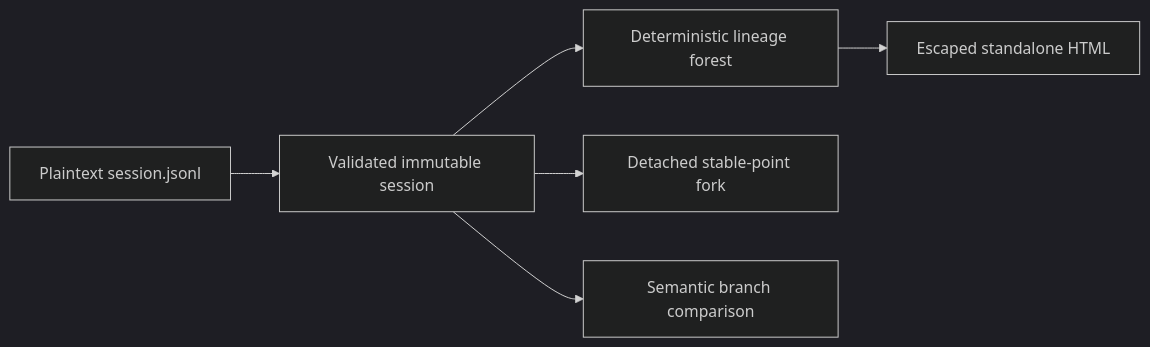
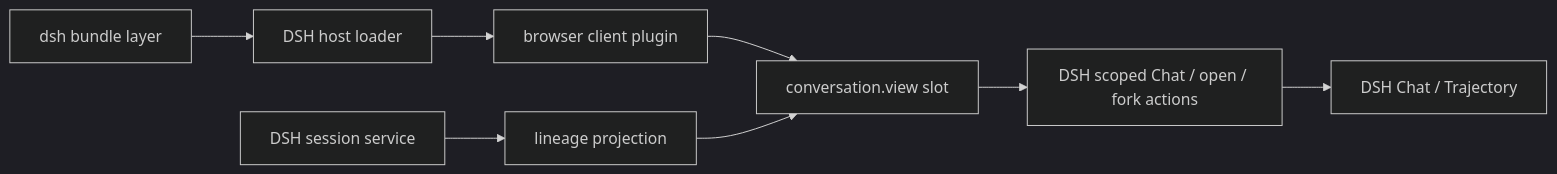
One commit to Nirvana-Jie/dsh-session-tree changed the diagram in docs/architecture.md. Above: the diagram before and after it, drawn with Mermaid (dark theme). The commit also changed other lines of this file and 41 other files, not shown here.

Commit message:
build native DSH Web session tree plugin

````diff
--- a/docs/architecture.md
+++ b/docs/architecture.md
@@ -9,8 +20,10 @@
 ```mermaid
 flowchart LR
-  J["Plaintext session.jsonl"] --> I["Validated immutable session"]
-  I --> T["Deterministic lineage forest"]
-  I --> F["Detached stable-point fork"]
-  I --> C["Semantic branch comparison"]
-  T --> H["Escaped standalone HTML"]
+  B["dsh bundle layer"] --> H["DSH host loader"]
+  H --> C["browser client plugin"]
+  C --> S["conversation.view slot"]
+  D["DSH session service"] --> M["lineage projection"]
+  M --> S
+  S --> A["DSH scoped Chat / open / fork actions"]
+  A --> V["DSH Chat / Trajectory"]
 ```
````
